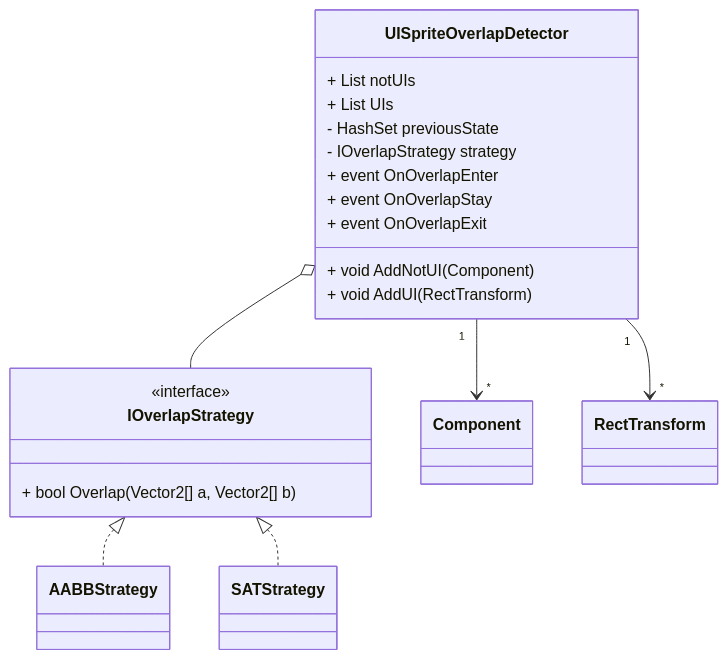
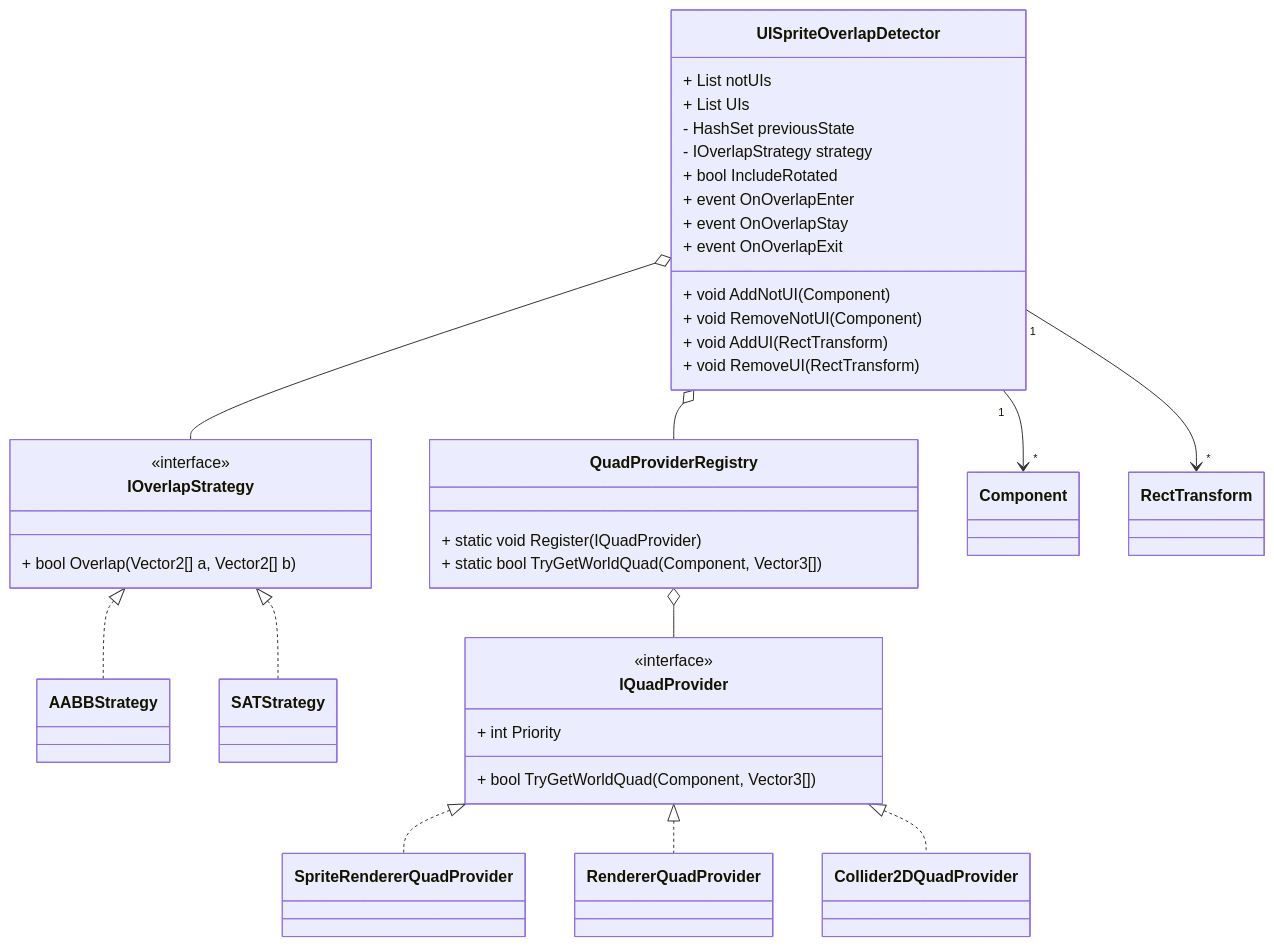
The diagram in README.md (SunagimoOisii/UIOverlapDetector), drawn with Mermaid before and after one commit. The commit also changed other lines of this file, not shown here.

````diff
--- a/README.md
+++ b/README.md
@@ -16,32 +18,56 @@
 ```mermaid
 classDiagram
     direction TD
-
+    
     class IOverlapStrategy {
         <<interface>>
         + bool Overlap(Vector2[] a, Vector2[] b)
     }
 
     class AABBStrategy
     class SATStrategy
 
     IOverlapStrategy <|.. AABBStrategy
     IOverlapStrategy <|.. SATStrategy
 
+    class IQuadProvider {
+        <<interface>>
+        + int Priority
+        + bool TryGetWorldQuad(Component, Vector3[])
+    }
+
+    class SpriteRendererQuadProvider
+    class RendererQuadProvider
+    class Collider2DQuadProvider
+
+    IQuadProvider <|.. SpriteRendererQuadProvider
+    IQuadProvider <|.. RendererQuadProvider
+    IQuadProvider <|.. Collider2DQuadProvider
+
+    class QuadProviderRegistry {
+        + static void Register(IQuadProvider)
+        + static bool TryGetWorldQuad(Component, Vector3[])
+    }
+
     class UISpriteOverlapDetector {
         + List notUIs
         + List UIs
         - HashSet previousState
         - IOverlapStrategy strategy
+        + bool IncludeRotated
 
         + event OnOverlapEnter
         + event OnOverlapStay
         + event OnOverlapExit
         + void AddNotUI(Component)
+        + void RemoveNotUI(Component)
         + void AddUI(RectTransform)
+        + void RemoveUI(RectTransform)
     }
 
     UISpriteOverlapDetector o-- IOverlapStrategy
+    UISpriteOverlapDetector o-- QuadProviderRegistry
+    QuadProviderRegistry o-- IQuadProvider
     UISpriteOverlapDetector "1" --> "*" Component
     UISpriteOverlapDetector "1" --> "*" RectTransform
 ```
````
